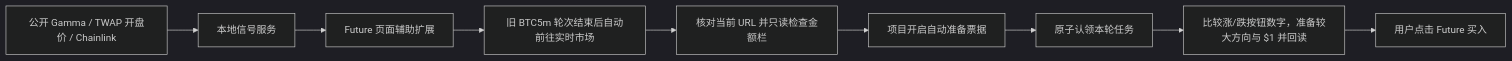
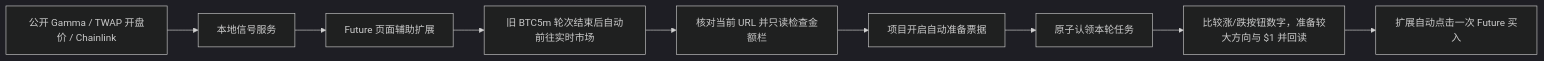
Before and after one commit to alex22222/PolyHermes: the diagram in docs/future-btc5m-assistant.md, drawn with Mermaid (dark theme). The commit also changed other lines of this file and 9 other files, not shown here.

````diff
--- a/docs/future-btc5m-assistant.md
+++ b/docs/future-btc5m-assistant.md
@@ -13,11 +13,11 @@
 ```mermaid
 flowchart LR
   A[公开 Gamma / TWAP 开盘价 / Chainlink] --> B[本地信号服务]
   B --> C[Future 页面辅助扩展]
   C --> N[旧 BTC5m 轮次结束后自动前往实时市场]
   N --> P[核对当前 URL 并只读检查金额栏]
   P --> D[项目开启自动准备票据]
   D --> E[原子认领本轮任务]
   E --> F[比较涨/跌按钮数字，准备较大方向与 $1 并回读]
-  F --> G[用户点击 Future 买入]
+  F --> G[扩展自动点击一次 Future 买入]
 ```
````
